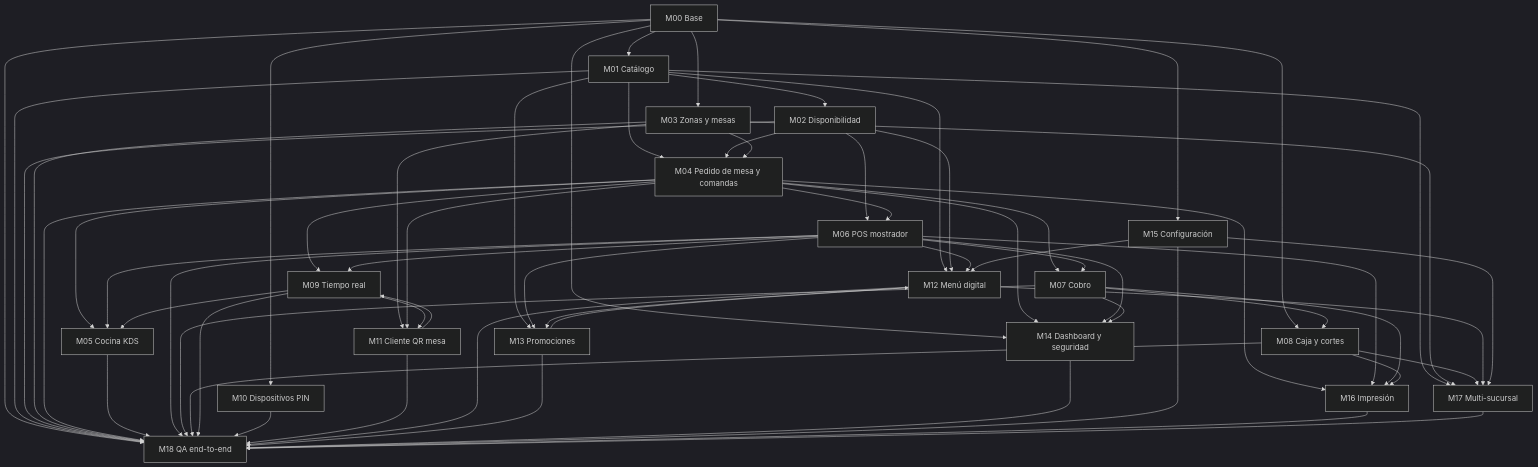
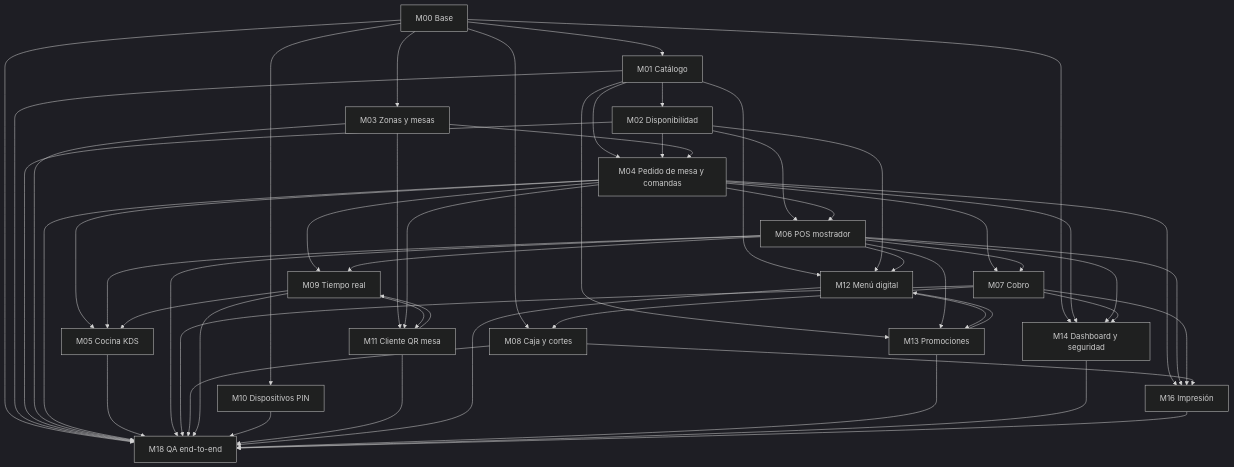
One commit to davidethc/QR-RESTAURANTE- changed the diagram in docs/pos-spec/README.md. Above: the diagram before and after it, drawn with Mermaid (dark theme). The commit also changed other lines of this file and 2 other files, not shown here.

Commit message:
docs(spec): drop configuration (M15) and multi-branch (M17) modules
The owner decided not to build them.

````diff
--- a/docs/pos-spec/README.md
+++ b/docs/pos-spec/README.md
@@ -44,78 +42,68 @@
 ```mermaid
 graph TD
     M00[M00 Base] --> M01[M01 Catálogo]
     M00 --> M03[M03 Zonas y mesas]
     M00 --> M10[M10 Dispositivos PIN]
-    M00 --> M15[M15 Configuración]
     M00 --> M08[M08 Caja y cortes]
     M00 --> M14[M14 Dashboard y seguridad]
 
     M01 --> M02[M02 Disponibilidad]
     M01 --> M04[M04 Pedido de mesa y comandas]
     M01 --> M12[M12 Menú digital]
     M01 --> M13[M13 Promociones]
-    M01 --> M17[M17 Multi-sucursal]
 
     M02 --> M04
     M02 --> M06[M06 POS mostrador]
     M02 --> M12
 
     M03 --> M04
     M03 --> M11[M11 Cliente QR mesa]
-    M03 --> M17
 
     M04 --> M05[M05 Cocina KDS]
     M04 --> M06
     M04 --> M07[M07 Cobro]
     M04 --> M09[M09 Tiempo real]
     M04 --> M11
     M04 --> M14
     M04 --> M16[M16 Impresión]
 
     M06 --> M05
     M06 --> M07
     M06 --> M09
     M06 --> M12
     M06 --> M13
     M06 --> M14
     M06 --> M16
 
     M07 --> M08
     M07 --> M14
     M07 --> M16
 
     M08 --> M16
-    M08 --> M17
 
     M09 --> M05
     M09 --> M11
 
     M11 --> M09
 
     M12 --> M13
-    M12 --> M17
 
     M13 --> M12
-
-    M15 --> M12
-    M15 --> M17
 
     M00 --> M18[M18 QA end-to-end]
     M01 --> M18
     M02 --> M18
     M03 --> M18
     M04 --> M18
     M05 --> M18
     M06 --> M18
     M07 --> M18
     M08 --> M18
     M09 --> M18
     M10 --> M18
     M11 --> M18
     M12 --> M18
     M13 --> M18
     M14 --> M18
-    M15 --> M18
     M16 --> M18
-    M17 --> M18
 ```
````
